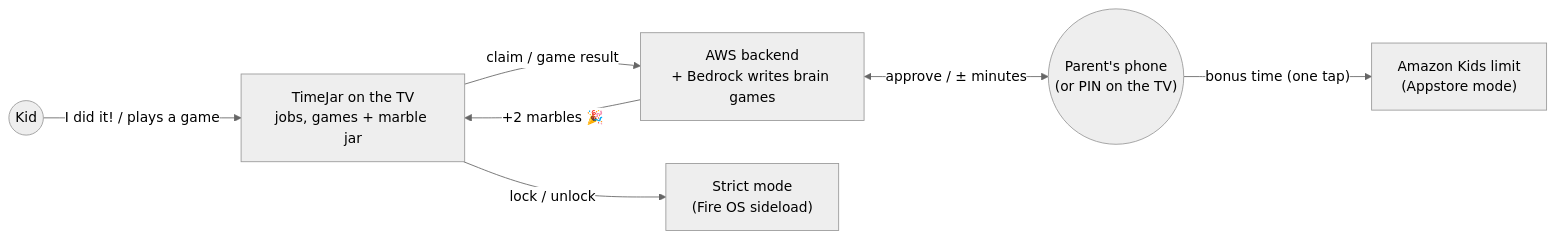
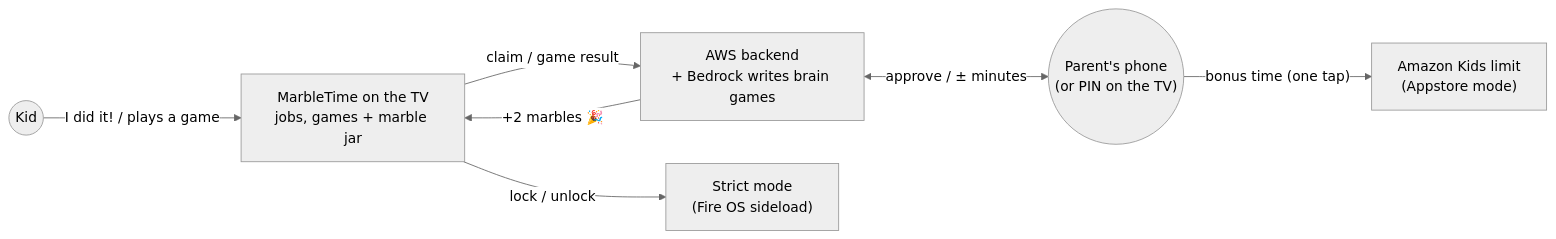
The diagram in docs/README.md (ksvslk/MarbleTime), drawn with Mermaid (neutral theme) before and after one commit. The commit also changed other lines of this file and 61 other files, not shown here.

First line of the commit message:
M0 results + M1 first cut: MarbleTime runs on the Fire TV stick

````diff
--- a/docs/README.md
+++ b/docs/README.md
@@ -26,9 +26,9 @@
 ```mermaid
 flowchart LR
-  Kid((Kid)) -->|"I did it! / plays a game"| TV["TimeJar on the TV<br/>jobs, games + marble jar"]
+  Kid((Kid)) -->|"I did it! / plays a game"| TV["MarbleTime on the TV<br/>jobs, games + marble jar"]
   TV -->|"claim / game result"| Cloud["AWS backend<br/>+ Bedrock writes brain games"]
   Cloud <-->|"approve / ± minutes"| Parent(("Parent's phone<br/>(or PIN on the TV)"))
   Cloud -->|"+2 marbles 🎉"| TV
   Parent -->|"bonus time (one tap)"| Kids["Amazon Kids limit<br/>(Appstore mode)"]
   TV -->|"lock / unlock"| Strict["Strict mode<br/>(Fire OS sideload)"]
 ```
````
